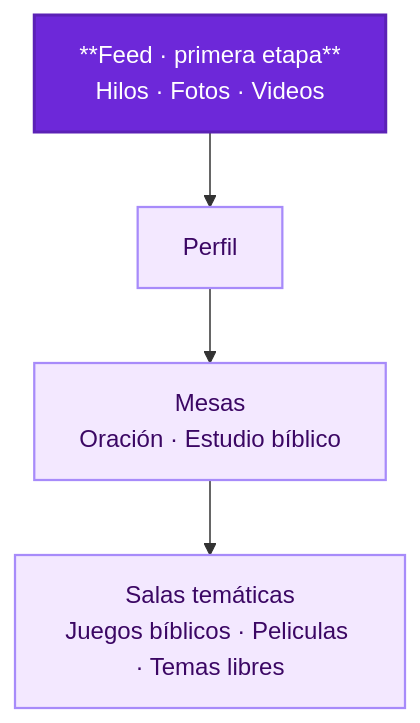
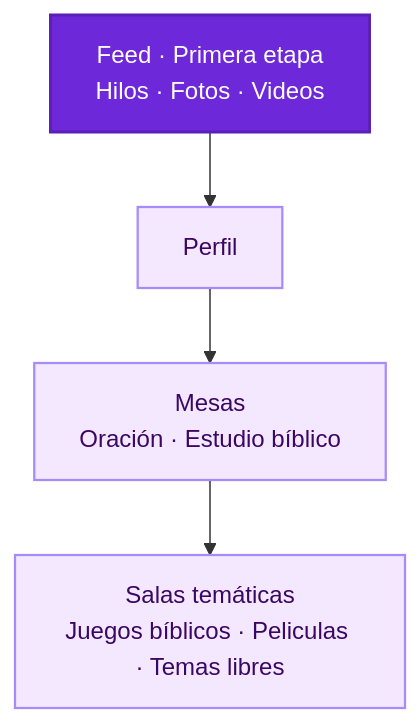
One commit to IsaacToDv/FraterChrist.org changed the first of 2 diagrams in README.md. Above: the diagram before and after it, drawn with Mermaid. The commit also changed other lines of this file, not shown here.

```diff
--- a/README.md
+++ b/README.md
@@ -35,14 +35,14 @@
 ~~~mermaid
 flowchart TD
-    Feed["**Feed · primera etapa**<br/>Hilos · Fotos · Videos"]
+    Feed["Feed · Primera etapa<br/>Hilos · Fotos · Videos"]
     Profile["Perfil"]
     Tables["Mesas<br/>Oración · Estudio bíblico"]
     Rooms["Salas temáticas<br/>Juegos bíblicos · Peliculas · Temas libres"]
 
     Feed --> Profile --> Tables --> Rooms
 
     classDef first fill:#6D28D9,stroke:#5B21B6,color:#FFFFFF,stroke-width:2px;
     classDef next fill:#F3E8FF,stroke:#A78BFA,color:#3B0764,stroke-width:1.5px;
     class Feed first;
     class Profile,Tables,Rooms next;
 ~~~
```
